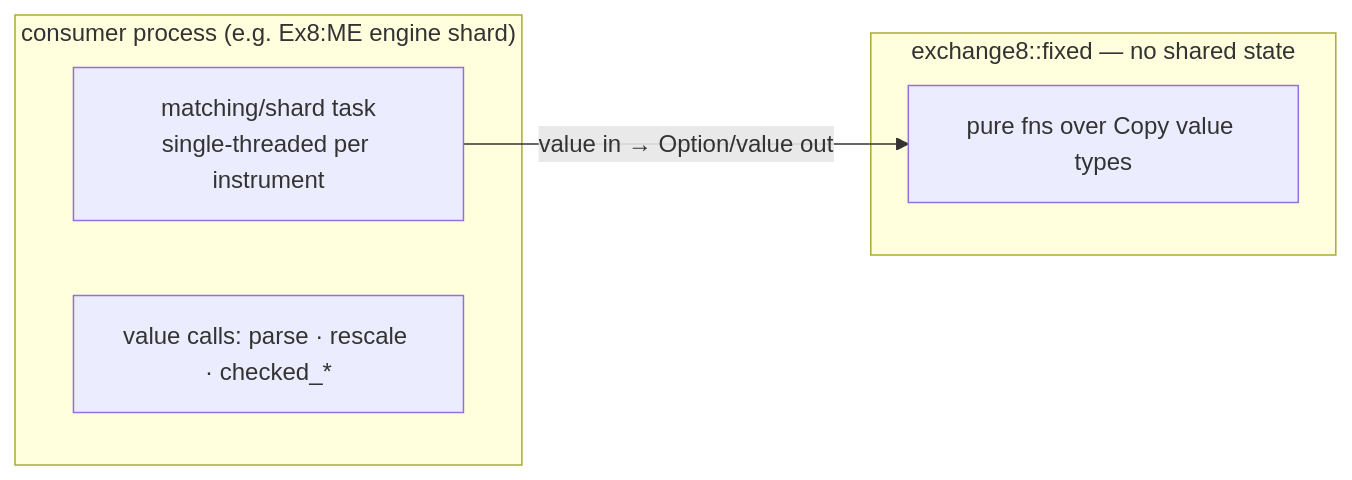
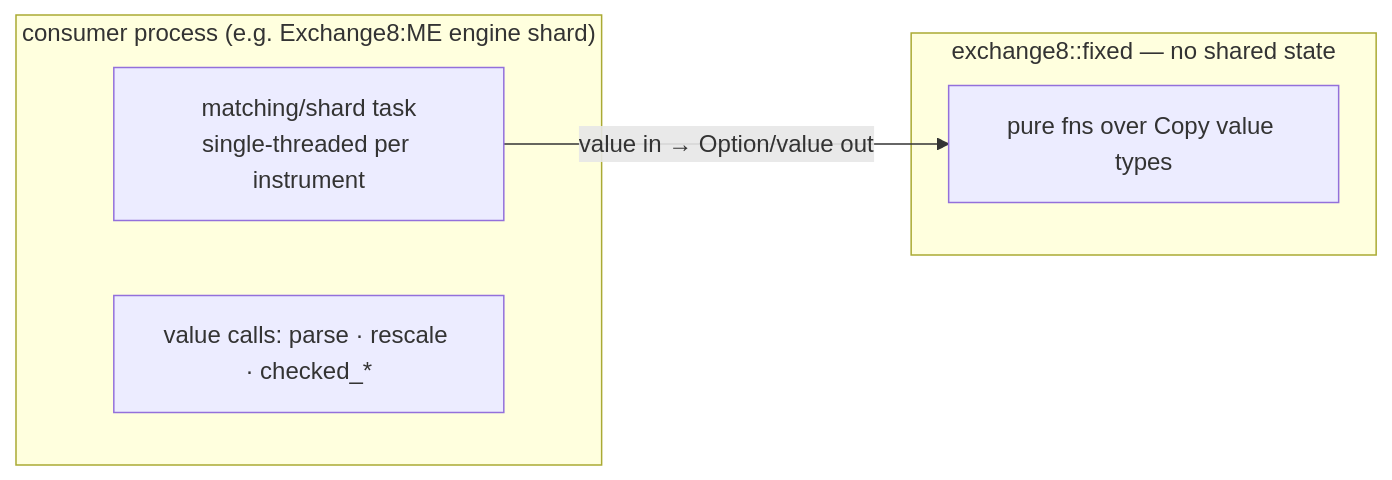
Before and after one commit to Exchange8-dev/exchange8-sdk: the fifth of 6 diagrams in crates/fixed/DESIGN.md, drawn with Mermaid. The commit also changed other lines of this file and 29 other files, not shown here.

````diff
--- a/crates/fixed/DESIGN.md
+++ b/crates/fixed/DESIGN.md
@@ -237,11 +237,11 @@
 ```mermaid
 graph LR
-    subgraph CONSUMER["consumer process (e.g. Ex8:ME engine shard)"]
+    subgraph CONSUMER["consumer process (e.g. Exchange8:ME engine shard)"]
         T["matching/shard task<br/>single-threaded per instrument"]
         C["value calls: parse · rescale · checked_*"]
     end
     subgraph LIB["exchange8::fixed — no shared state"]
         F["pure fns over Copy value types"]
     end
     T -->|"value in → Option/value out"| F
 ```
````
